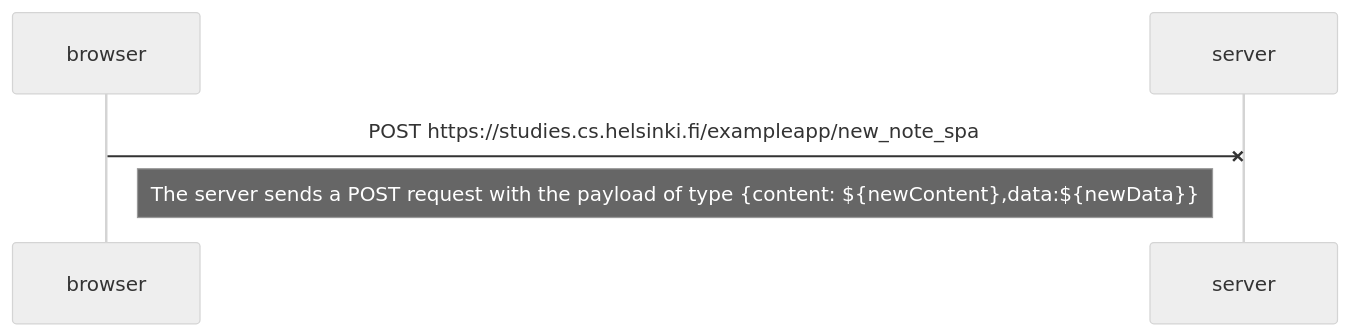
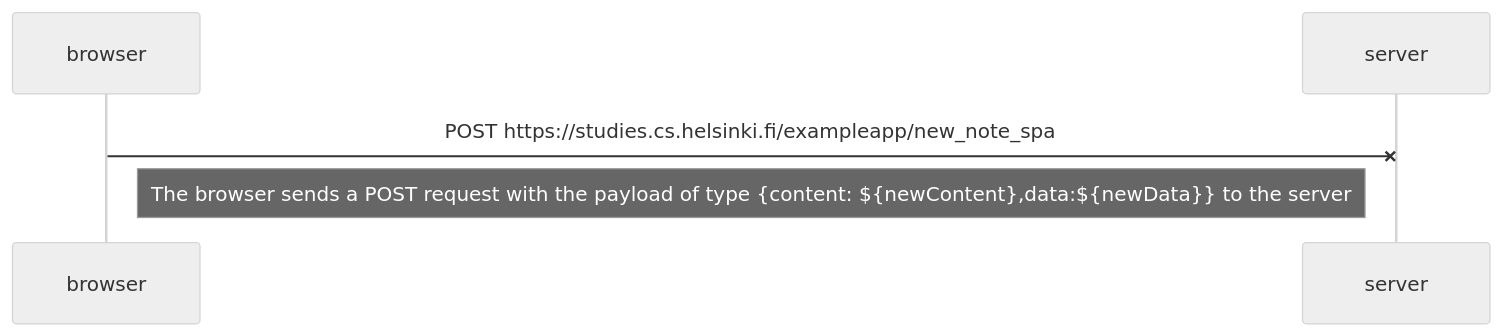
The diagram in part-0/diagram 0.6.md (AlinIoanDanila/fullstack-open), drawn with Mermaid (neutral theme) before and after one commit. The commit also changed other lines of this file, not shown here.

Commit message:
Exercise 0.6: Fix diagram  typo

````diff
--- a/part-0/diagram 0.6.md
+++ b/part-0/diagram 0.6.md
@@ -5,9 +5,9 @@
 ```mermaid
 sequenceDiagram
     participant browser
     participant server
 
     browser -x server: POST https://studies.cs.helsinki.fi/exampleapp/new_note_spa
 
-    Note right of browser: The server sends a POST request with the payload of type {content: ${newContent},data:${newData}}
+    Note right of browser: The browser sends a POST request with the payload of type {content: ${newContent},data:${newData}} to the server
 ```
````
